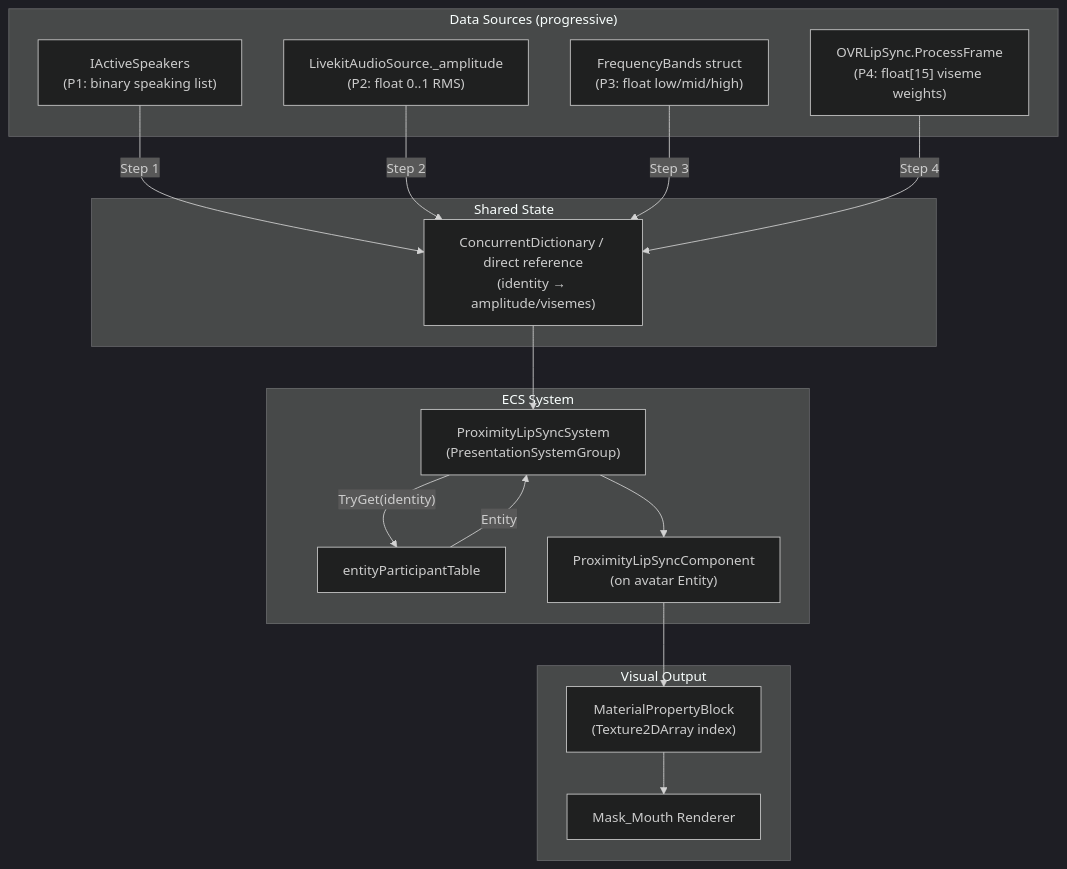
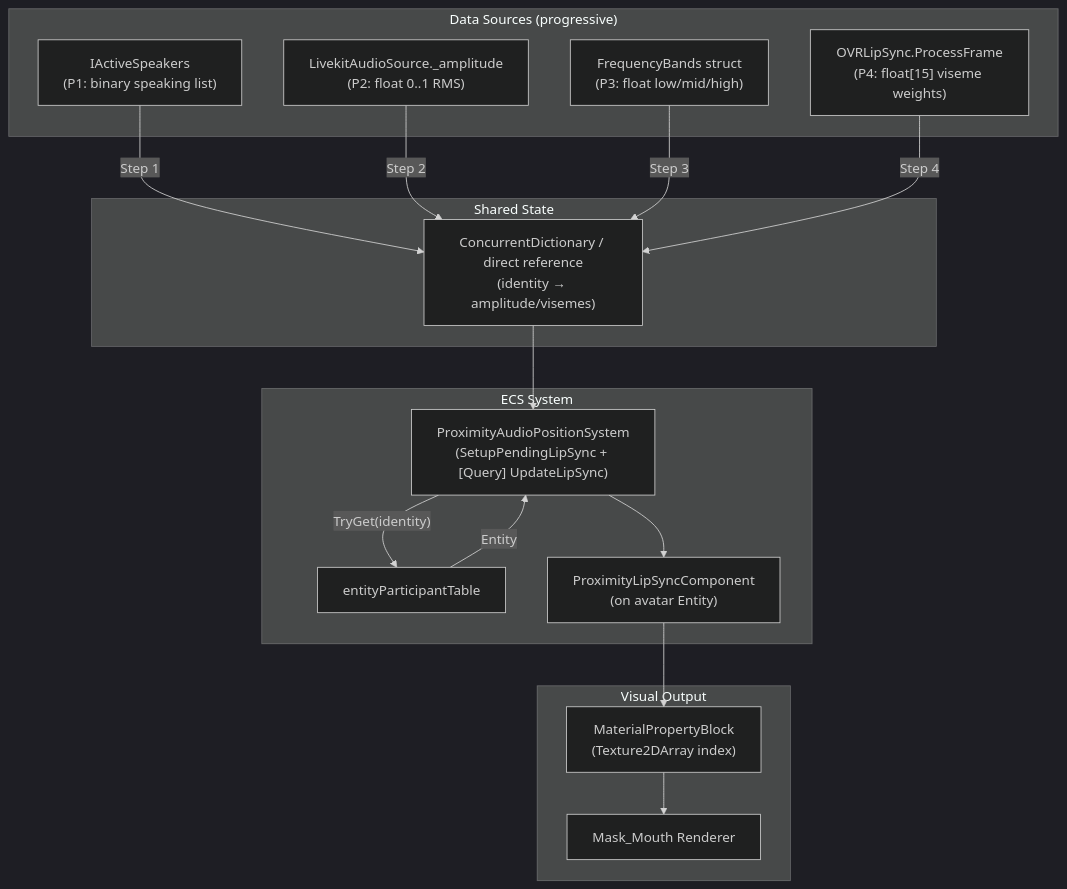
One commit to decentraland/unity-explorer changed the diagram in Explorer/Assets/DCL/VoiceChat/Proximity/Docs/LypSinc/PLAN_lip_sync.md. Above: the diagram before and after it, drawn with Mermaid (dark theme). The commit also changed other lines of this file and 4 other files, not shown here.

````diff
--- a/Explorer/Assets/DCL/VoiceChat/Proximity/Docs/LypSinc/PLAN_lip_sync.md
+++ b/Explorer/Assets/DCL/VoiceChat/Proximity/Docs/LypSinc/PLAN_lip_sync.md
@@ -25,36 +25,36 @@
 ```mermaid
 graph TD
     subgraph "Data Sources (progressive)"
         AS["IActiveSpeakers<br/>(P1: binary speaking list)"]
         RMS["LivekitAudioSource._amplitude<br/>(P2: float 0..1 RMS)"]
         FFT["FrequencyBands struct<br/>(P3: float low/mid/high)"]
         OVR["OVRLipSync.ProcessFrame<br/>(P4: float[15] viseme weights)"]
     end
 
     subgraph "Shared State"
         Dict["ConcurrentDictionary / direct reference<br/>(identity → amplitude/visemes)"]
     end
 
     subgraph "ECS System"
-        Sys["ProximityLipSyncSystem<br/>(PresentationSystemGroup)"]
+        Sys["ProximityAudioPositionSystem<br/>(SetupPendingLipSync + [Query] UpdateLipSync)"]
         EPT["entityParticipantTable"]
         Comp["ProximityLipSyncComponent<br/>(on avatar Entity)"]
     end
 
     subgraph "Visual Output"
         MPB["MaterialPropertyBlock<br/>(Texture2DArray index)"]
         Mouth["Mask_Mouth Renderer"]
     end
 
     AS -->|"Step 1"| Dict
     RMS -->|"Step 2"| Dict
     FFT -->|"Step 3"| Dict
     OVR -->|"Step 4"| Dict
 
     Dict --> Sys
     Sys -->|"TryGet(identity)"| EPT
     EPT -->|"Entity"| Sys
     Sys --> Comp
     Comp --> MPB
     MPB --> Mouth
 ```
````
